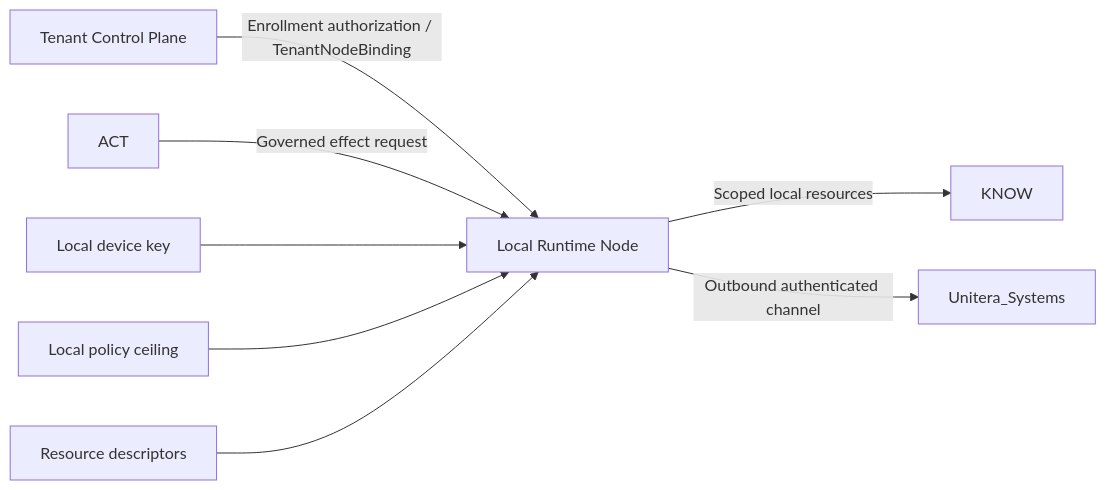
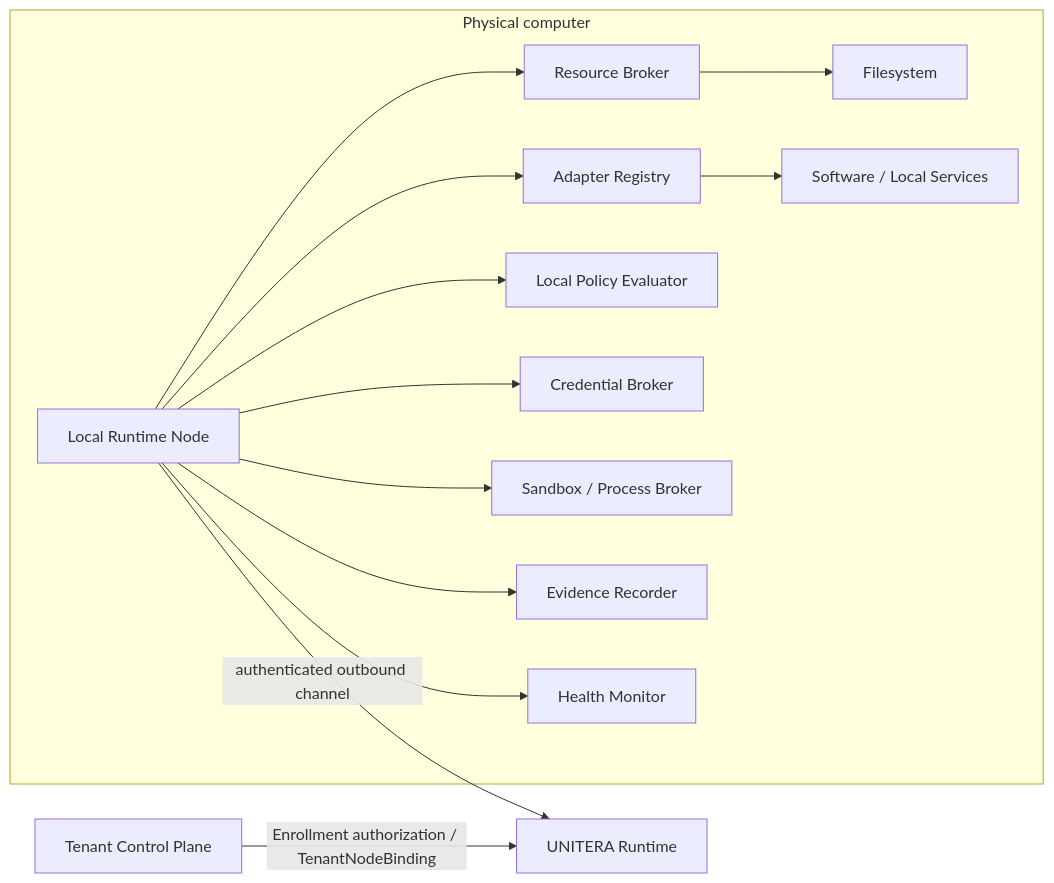
Before and after one commit to baum777/unitera_public_docs: the second of 3 diagrams in docs/en/runtime/local-runtime-node.md, drawn with Mermaid. The commit also changed other lines of this file, not shown here.

Commit message:
docs: expand Local Runtime Node architecture (en)

````diff
--- a/docs/en/runtime/local-runtime-node.md
+++ b/docs/en/runtime/local-runtime-node.md
@@ -7,11 +150,18 @@
-```mermaid
+~~~mermaid
 flowchart LR
-    CP[Tenant Control Plane] -->|Enrollment authorization / TenantNodeBinding| N[Local Runtime Node]
-    N -->|Scoped local resources| K[KNOW]
-    A[ACT] -->|Governed effect request| N
-    N -->|Outbound authenticated channel| S[Unitera_Systems]
+    CP[Tenant Control Plane] -->|Enrollment authorization / TenantNodeBinding| S[UNITERA Runtime]
+    N[Local Runtime Node] -->|authenticated outbound channel| S
 
-    D[Local device key] --> N
-    P[Local policy ceiling] --> N
-    R[Resource descriptors] --> N
-```
+    subgraph DEVICE["Physical computer"]
+        N --> RB[Resource Broker]
+        N --> AR[Adapter Registry]
+        N --> LP[Local Policy Evaluator]
+        N --> CB[Credential Broker]
+        N --> SB[Sandbox / Process Broker]
+        N --> ER[Evidence Recorder]
+        N --> HM[Health Monitor]
+
+        RB --> FS[Filesystem]
+        AR --> SW[Software / Local Services]
+    end
+~~~
````
